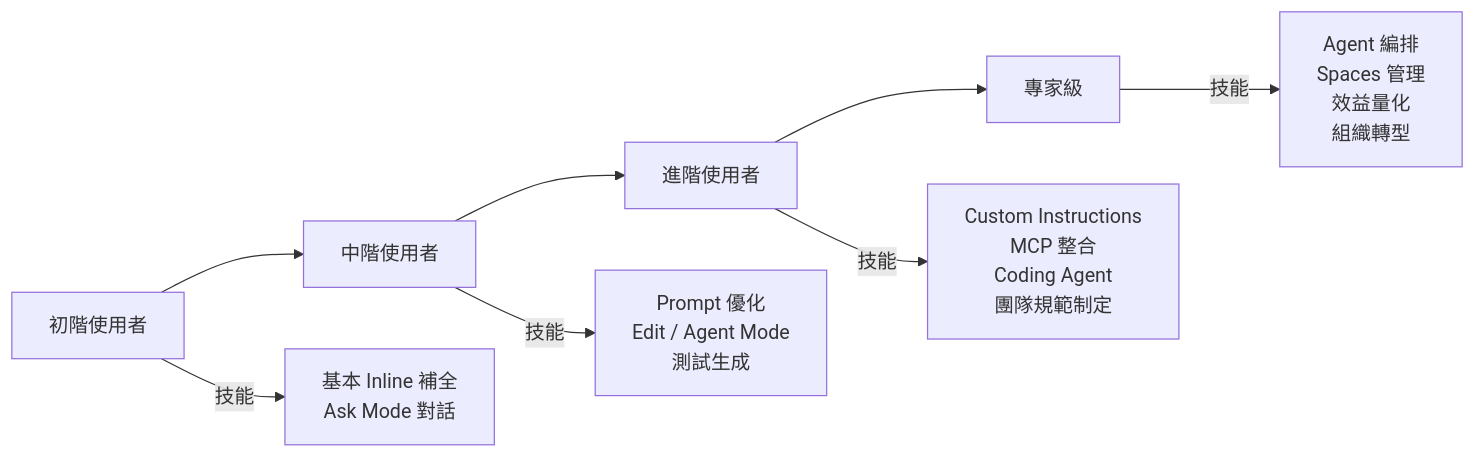
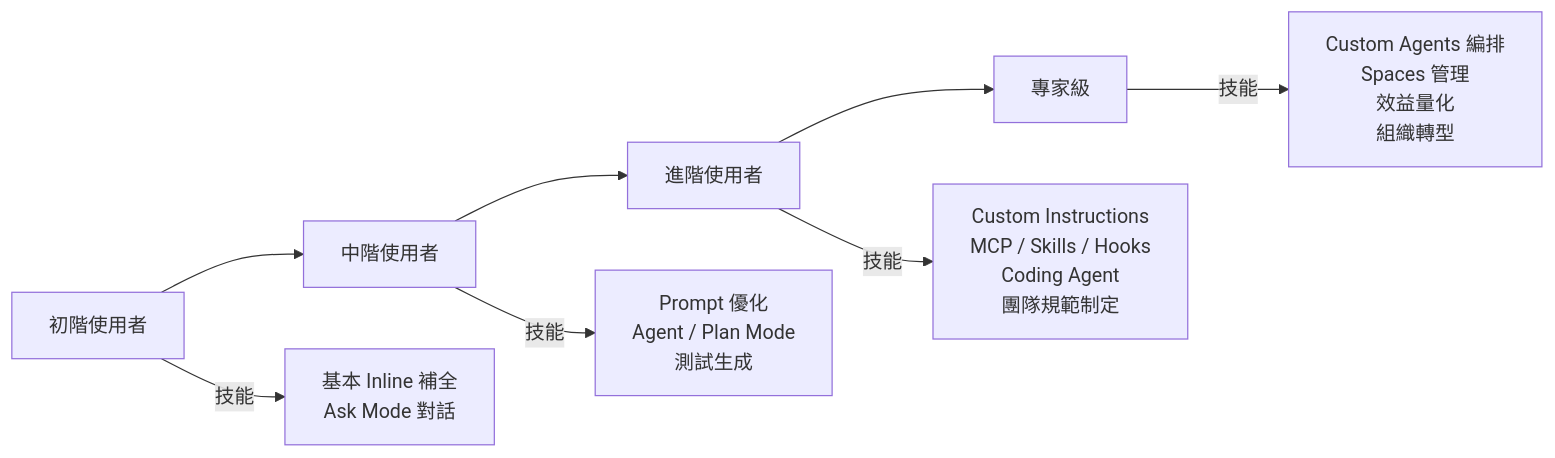
Diagram 20 of 20 in content/posts/教學/AI開發/github copilot生態圈教學手冊.md (chihhung/Blog), drawn with Mermaid before and after one commit. The commit also changed other lines of this file and 2 other files, not shown here.

````diff
--- a/content/posts/教學/AI開發/github copilot生態圈教學手冊.md
+++ b/content/posts/教學/AI開發/github copilot生態圈教學手冊.md
@@ -2824,11 +3090,11 @@
 ```mermaid
 graph LR
     A[初階使用者] --> B[中階使用者]
     B --> C[進階使用者]
     C --> D[專家級]
     
     A -->|技能| A1[基本 Inline 補全<br/>Ask Mode 對話]
-    B -->|技能| B1[Prompt 優化<br/>Edit / Agent Mode<br/>測試生成]
-    C -->|技能| C1[Custom Instructions<br/>MCP 整合<br/>Coding Agent<br/>團隊規範制定]
-    D -->|技能| D1[Agent 編排<br/>Spaces 管理<br/>效益量化<br/>組織轉型]
+    B -->|技能| B1[Prompt 優化<br/>Agent / Plan Mode<br/>測試生成]
+    C -->|技能| C1[Custom Instructions<br/>MCP / Skills / Hooks<br/>Coding Agent<br/>團隊規範制定]
+    D -->|技能| D1[Custom Agents 編排<br/>Spaces 管理<br/>效益量化<br/>組織轉型]
 ```
````
